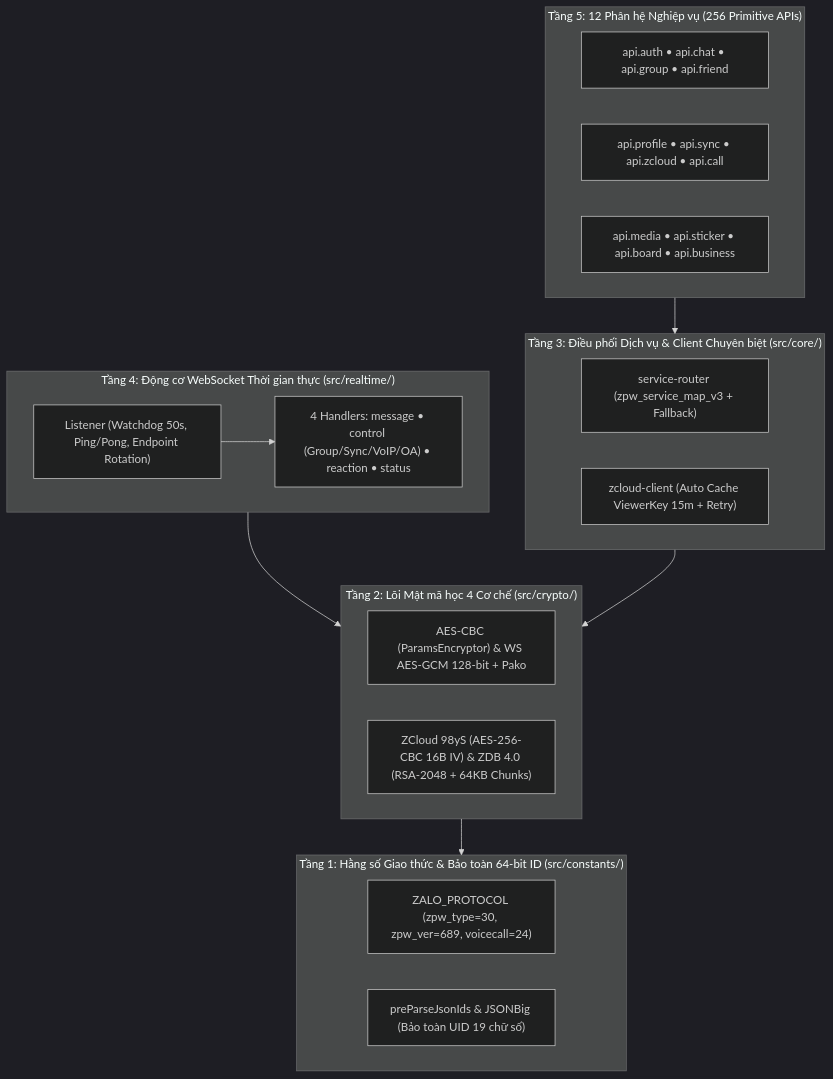
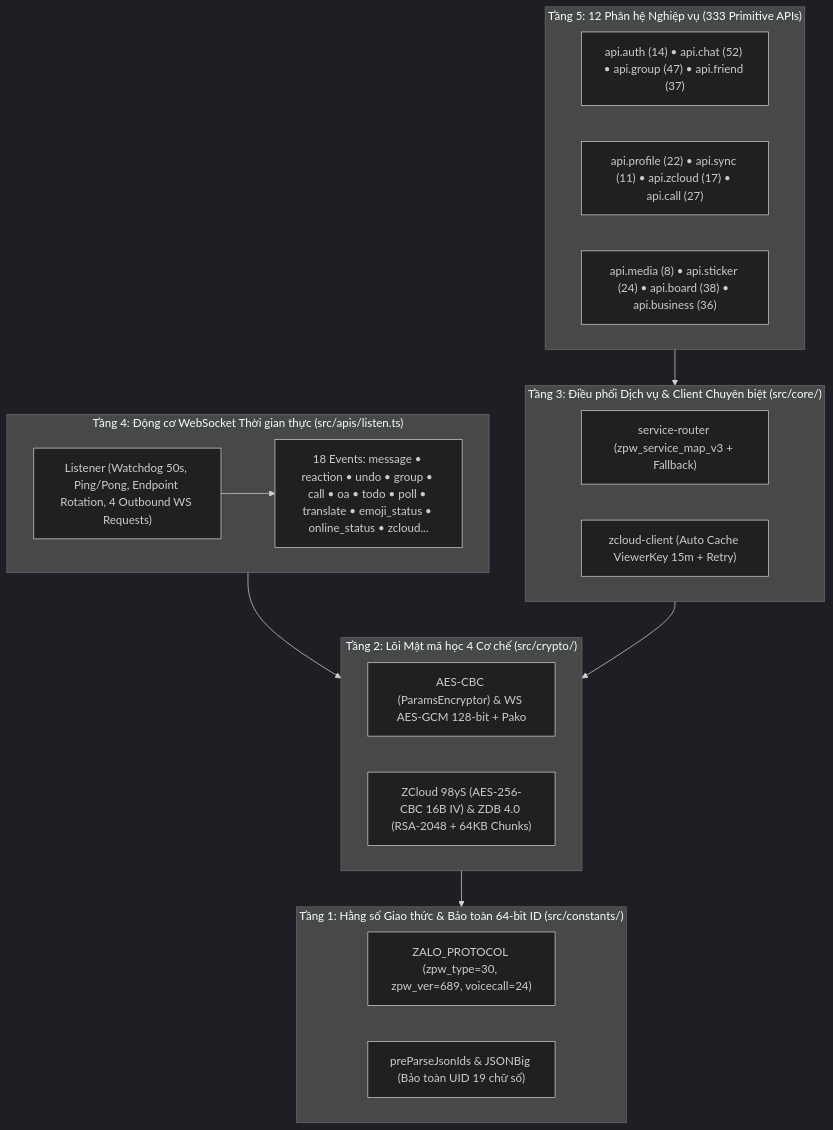
One commit to softtyos/zca-js changed the diagram in docs/guide/architecture.md. Above: the diagram before and after it, drawn with Mermaid (dark theme). The commit also changed other lines of this file and 130 other files, not shown here.

Commit message:
feat: add new API modules across domains and expand call engine capabilities

````diff
--- a/docs/guide/architecture.md
+++ b/docs/guide/architecture.md
@@ -5,34 +5,34 @@
 ```mermaid
 flowchart TD
-    subgraph L5["Tầng 5: 12 Phân hệ Nghiệp vụ (256 Primitive APIs)"]
-        D1["api.auth • api.chat • api.group • api.friend"]
-        D2["api.profile • api.sync • api.zcloud • api.call"]
-        D3["api.media • api.sticker • api.board • api.business"]
+    subgraph L5["Tầng 5: 12 Phân hệ Nghiệp vụ (333 Primitive APIs)"]
+        D1["api.auth (14) • api.chat (52) • api.group (47) • api.friend (37)"]
+        D2["api.profile (22) • api.sync (11) • api.zcloud (17) • api.call (27)"]
+        D3["api.media (8) • api.sticker (24) • api.board (38) • api.business (36)"]
     end
 
-    subgraph L4["Tầng 4: Động cơ WebSocket Thời gian thực (src/realtime/)"]
-        R1["Listener (Watchdog 50s, Ping/Pong, Endpoint Rotation)"]
-        R2["4 Handlers: message • control (Group/Sync/VoIP/OA) • reaction • status"]
+    subgraph L4["Tầng 4: Động cơ WebSocket Thời gian thực (src/apis/listen.ts)"]
+        R1["Listener (Watchdog 50s, Ping/Pong, Endpoint Rotation, 4 Outbound WS Requests)"]
+        R2["18 Events: message • reaction • undo • group • call • oa • todo • poll • translate • emoji_status • online_status • zcloud..."]
         R1 --> R2
     end
 
     subgraph L3["Tầng 3: Điều phối Dịch vụ & Client Chuyên biệt (src/core/)"]
         C1["service-router (zpw_service_map_v3 + Fallback)"]
         C2["zcloud-client (Auto Cache ViewerKey 15m + Retry)"]
     end
 
     subgraph L2["Tầng 2: Lõi Mật mã học 4 Cơ chế (src/crypto/)"]
         K1["AES-CBC (ParamsEncryptor) & WS AES-GCM 128-bit + Pako"]
         K2["ZCloud 98yS (AES-256-CBC 16B IV) & ZDB 4.0 (RSA-2048 + 64KB Chunks)"]
     end
 
     subgraph L1["Tầng 1: Hằng số Giao thức & Bảo toàn 64-bit ID (src/constants/)"]
         P1["ZALO_PROTOCOL (zpw_type=30, zpw_ver=689, voicecall=24)"]
         P2["preParseJsonIds & JSONBig (Bảo toàn UID 19 chữ số)"]
     end
 
     L5 --> L3
     L4 --> L2
     L3 --> L2
     L2 --> L1
 ```
````
